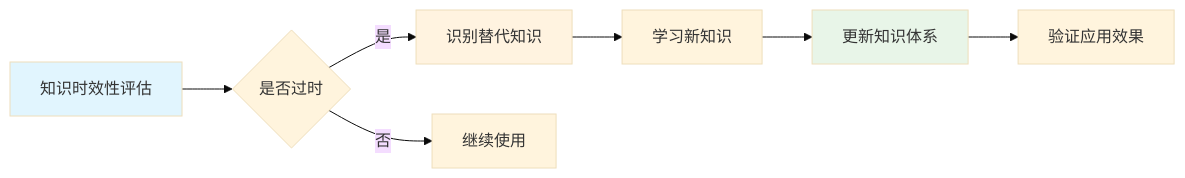
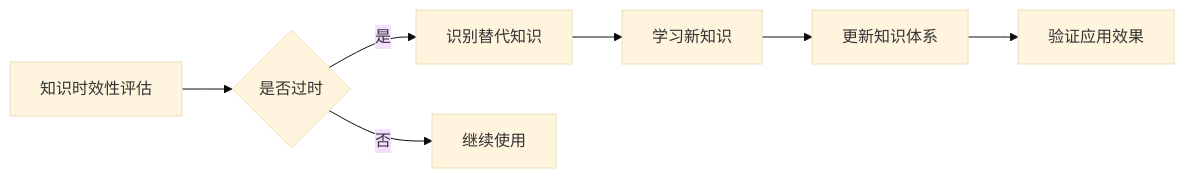
Before and after one commit to fangkun119/tech-page: diagram 16 of 52 in _posts/2025-11-08-book-01-feynman-approach.md, drawn with Mermaid (base theme). The commit also changed other lines of this file and 1 other file, not shown here.

Commit message:
feat: adjust diagram color

````diff
--- a/_posts/2025-11-08-book-01-feynman-approach.md
+++ b/_posts/2025-11-08-book-01-feynman-approach.md
@@ -1604,13 +1534,9 @@
 ```mermaid
 graph LR
     A[知识时效性评估] --> B{是否过时}
     B -->|是| C[识别替代知识]
     B -->|否| D[继续使用]
     C --> E[学习新知识]
     E --> F[更新知识体系]
     F --> G[验证应用效果]
-
-    style A fill:#e1f5fe
-    style C fill:#fff3e0
-    style F fill:#e8f5e8
 ```
````
